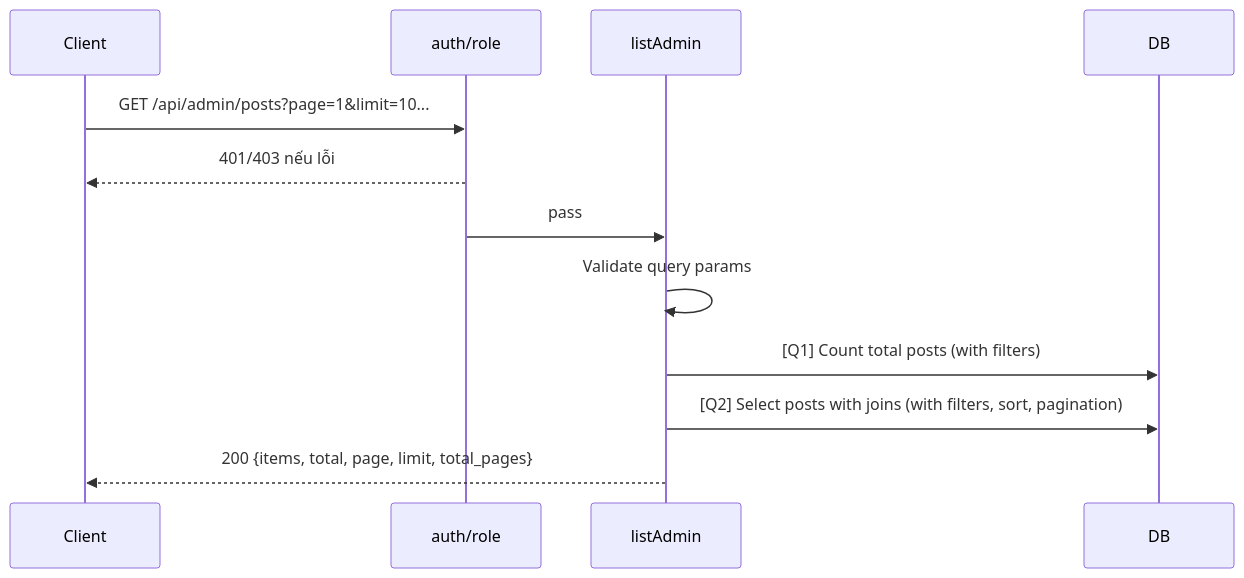
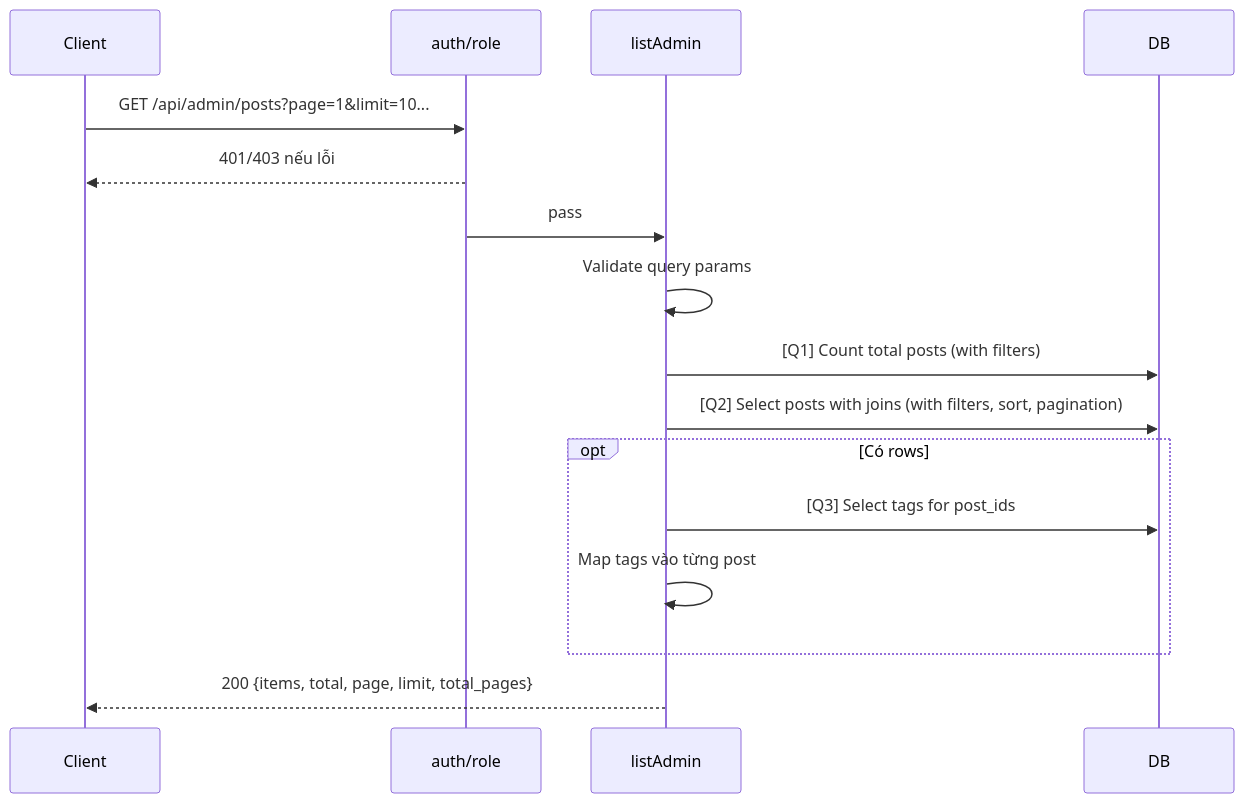
One commit to pmduc97/demo_ai_workspace changed the diagram in demo_docs/api/[Design][API] API10_AdminPosts_DanhSach.md. Above: the diagram before and after it, drawn with Mermaid. The commit also changed other lines of this file and 42 other files, not shown here.

````diff
--- a/demo_docs/api/[Design][API] API10_AdminPosts_DanhSach.md
+++ b/demo_docs/api/[Design][API] API10_AdminPosts_DanhSach.md
@@ -105,14 +110,18 @@
 ```mermaid
 sequenceDiagram
   participant C as Client
   participant A as auth/role
   participant P as listAdmin
   participant DB as DB
   C->>A: GET /api/admin/posts?page=1&limit=10...
   A-->>C: 401/403 nếu lỗi
   A->>P: pass
   P->>P: Validate query params
   P->>DB: [Q1] Count total posts (with filters)
   P->>DB: [Q2] Select posts with joins (with filters, sort, pagination)
+  opt Có rows
+    P->>DB: [Q3] Select tags for post_ids
+    P->>P: Map tags vào từng post
+  end
   P-->>C: 200 {items, total, page, limit, total_pages}
 ```
````
